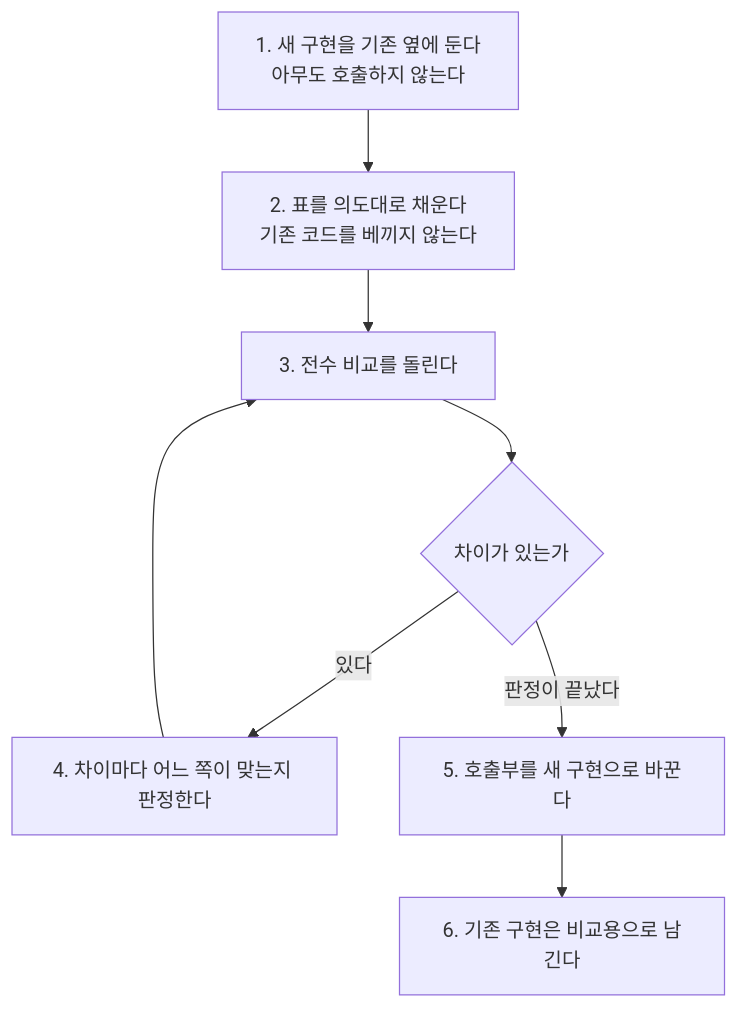
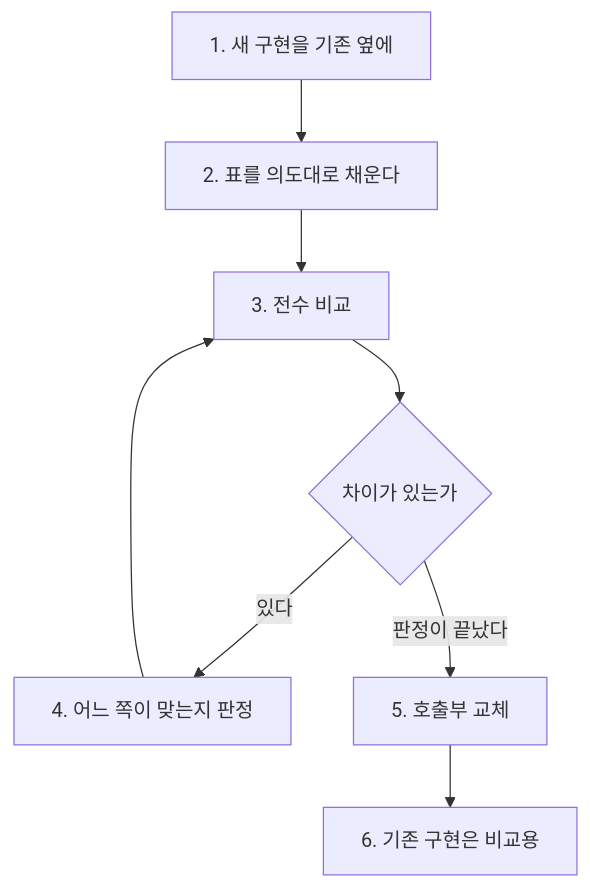
The second of 4 diagrams in modules/version-dispatch/README.md (xo0449/backend-lab), drawn with Mermaid before and after one commit. The commit also changed 4 other files, not shown here.

Commit message:
Fix clipped Korean labels in mermaid diagrams

````diff
--- a/modules/version-dispatch/README.md
+++ b/modules/version-dispatch/README.md
@@ -583,15 +583,15 @@
 ```mermaid
 flowchart TD
-    S1["1. 새 구현을 기존 옆에 둔다<br/>아무도 호출하지 않는다"]
-    S2["2. 표를 의도대로 채운다<br/>기존 코드를 베끼지 않는다"]
-    S3["3. 전수 비교를 돌린다"]
+    S1["1. 새 구현을 기존 옆에"]
+    S2["2. 표를 의도대로 채운다"]
+    S3["3. 전수 비교"]
     S4{"차이가 있는가"}
-    S5["4. 차이마다 어느 쪽이 맞는지 판정한다"]
-    S6["5. 호출부를 새 구현으로 바꾼다"]
-    S7["6. 기존 구현은 비교용으로 남긴다"]
+    S5["4. 어느 쪽이 맞는지 판정"]
+    S6["5. 호출부 교체"]
+    S7["6. 기존 구현은 비교용"]
 
     S1 --> S2 --> S3 --> S4
     S4 -->|"있다"| S5
     S5 --> S3
     S4 -->|"판정이 끝났다"| S6 --> S7
 ```
````
